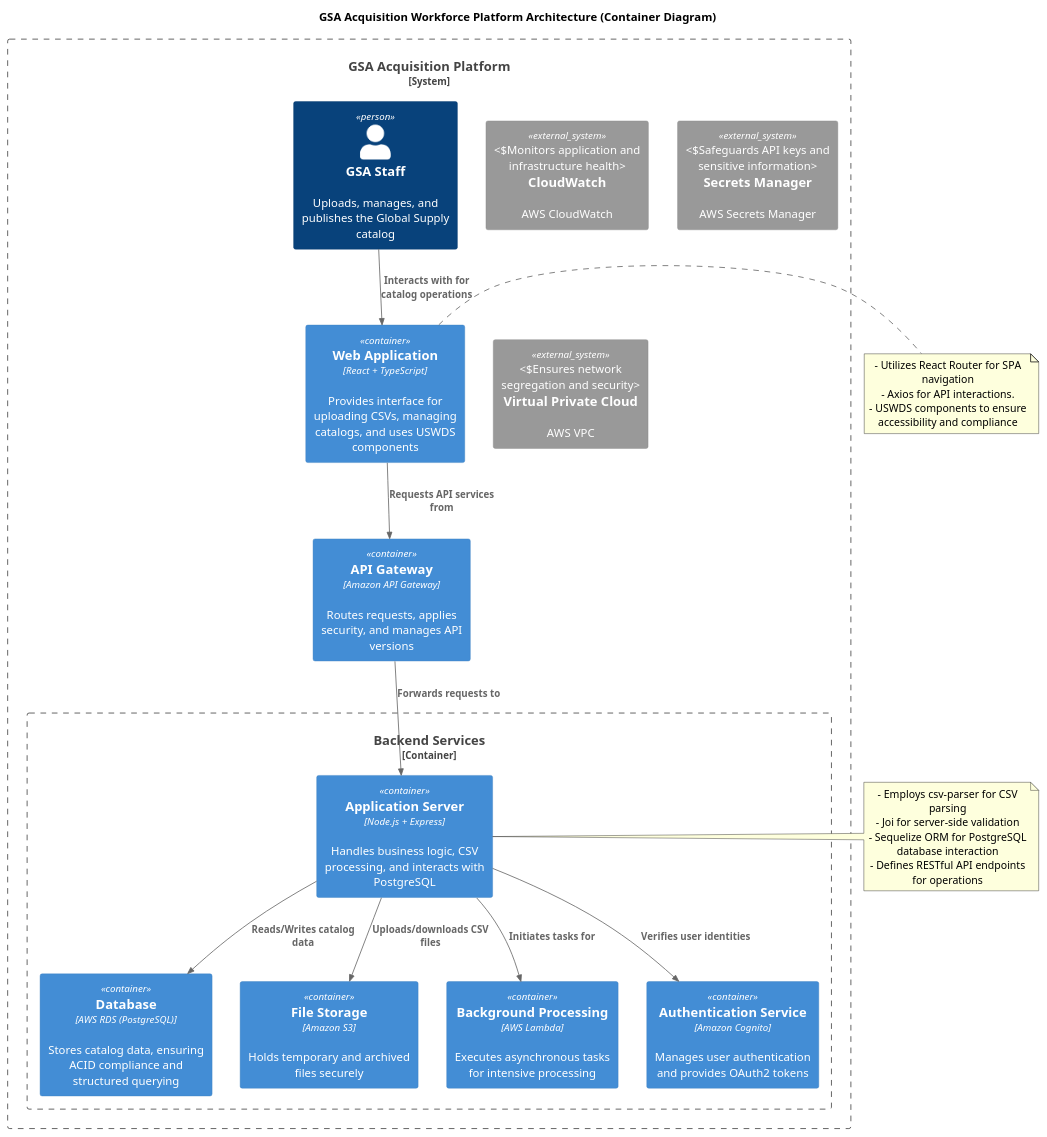
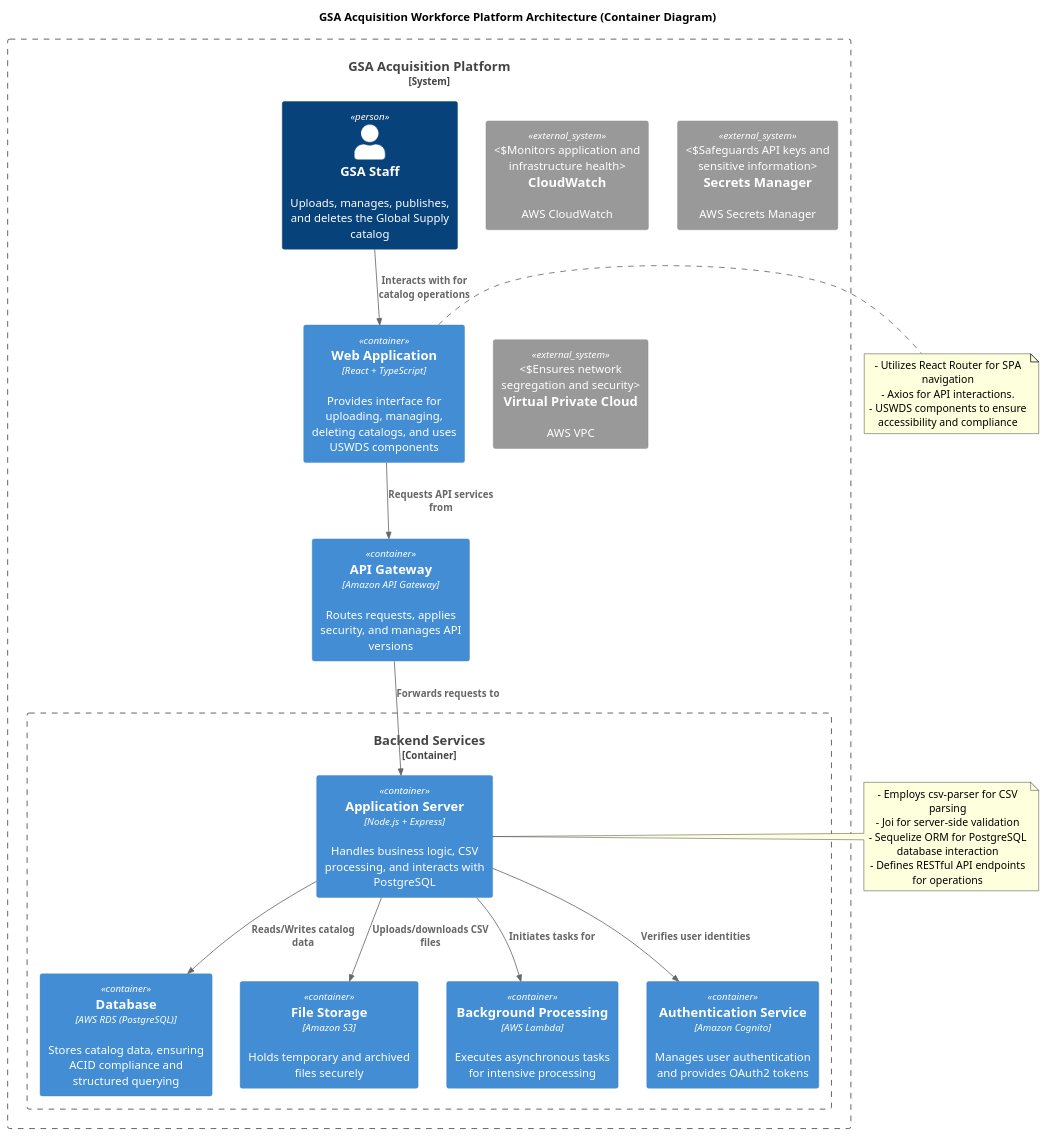
One commit to AathreyaG/reactai-starter changed the diagram in solution.md. Above: the diagram before and after it, drawn with PlantUML. The commit also changed other lines of this file, not shown here.

```diff
--- a/solution.md
+++ b/solution.md
@@ -7,55 +7,55 @@
 @startuml
 !includeurl https://raw.githubusercontent.com/plantuml-stdlib/C4-PlantUML/master/C4_Container.puml
 
 title GSA Acquisition Workforce Platform Architecture (Container Diagram)
 
 System_Boundary(SD_Boundary, "GSA Acquisition Platform") {
     
     ' Users
-    Person(user, "GSA Staff", "Uploads, manages, and publishes the Global Supply catalog")
+    Person(user, "GSA Staff", "Uploads, manages, publishes, and deletes the Global Supply catalog")
 
     ' Frontend
-    Container(webApp, "Web Application", "React + TypeScript", "Provides interface for uploading CSVs, managing catalogs, and uses USWDS components")
+    Container(webApp, "Web Application", "React + TypeScript", "Provides interface for uploading, managing, deleting catalogs, and uses USWDS components")
 
     ' API Gateway
     Container(apiGateway, "API Gateway", "Amazon API Gateway", "Routes requests, applies security, and manages API versions")
 
     ' Core Backend Services
     Container_Boundary(Backend, "Backend Services") {
         Container(appServer, "Application Server", "Node.js + Express", "Handles business logic, CSV processing, and interacts with PostgreSQL")
         Container(database, "Database", "AWS RDS (PostgreSQL)", "Stores catalog data, ensuring ACID compliance and structured querying")
         Container(fileStorage, "File Storage", "Amazon S3", "Holds temporary and archived files securely")
         Container(backgroundProcessing, "Background Processing", "AWS Lambda", "Executes asynchronous tasks for intensive processing")
         Container(authService, "Authentication Service", "Amazon Cognito", "Manages user authentication and provides OAuth2 tokens")
     }
 
     ' Monitoring and Security Services
     System_Ext(cloudwatch, "CloudWatch", "AWS CloudWatch", "Monitors application and infrastructure health")
     System_Ext(secretsManager, "Secrets Manager", "AWS Secrets Manager", "Safeguards API keys and sensitive information")
     System_Ext(vpc, "Virtual Private Cloud", "AWS VPC", "Ensures network segregation and security")
     
     ' Relationships and Flows
     Rel(user, webApp, "Interacts with for catalog operations")
     Rel(webApp, apiGateway, "Requests API services from")
     Rel(apiGateway, appServer, "Forwards requests to")
     Rel(appServer, database, "Reads/Writes catalog data")
     Rel(appServer, fileStorage, "Uploads/downloads CSV files")
     Rel(appServer, backgroundProcessing, "Initiates tasks for")
     Rel(appServer, authService, "Verifies user identities")
 }
 
 ' Notes for additional context
 note right of webApp
 - Utilizes React Router for SPA navigation
 - Axios for API interactions.
 - USWDS components to ensure accessibility and compliance
 end note
 
 note right of appServer
 - Employs csv-parser for CSV parsing
 - Joi for server-side validation
 - Sequelize ORM for PostgreSQL database interaction
 - Defines RESTful API endpoints for operations
 end note
 
 @enduml
```
